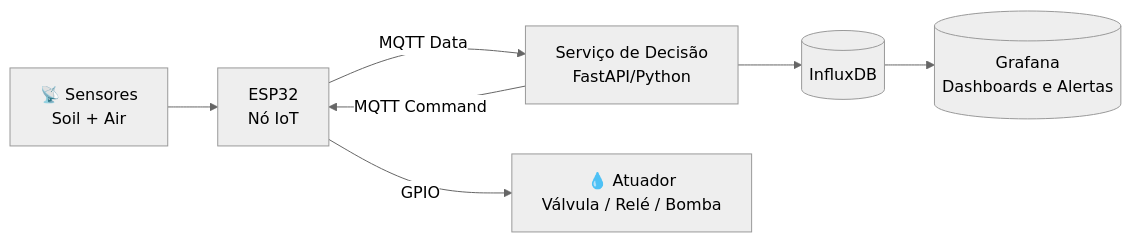
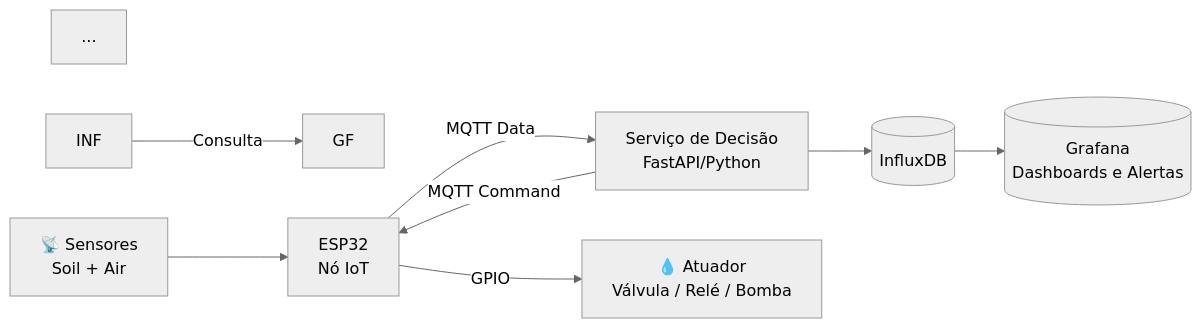
The second of 2 diagrams in README.md (GustavoFelipe85/smart-farm-iot-system), drawn with Mermaid (neutral theme) before and after one commit.

````diff
--- a/README.md
+++ b/README.md
@@ -396,9 +396,11 @@
 ```mermaid
 flowchart LR
+  ...
+  INF -->|Consulta| GF
   S[📡 Sensores<br/>Soil + Air] --> N[ESP32<br/>Nó IoT]
   N -->|MQTT Data| C[Serviço de Decisão<br/>FastAPI/Python]
   C -->|MQTT Command| N
   N -->|GPIO| A[💧 Atuador<br/>Válvula / Relé / Bomba]
   C --> DB[(InfluxDB)]
   DB --> G[(Grafana<br/>Dashboards e Alertas)]
 ```
````
